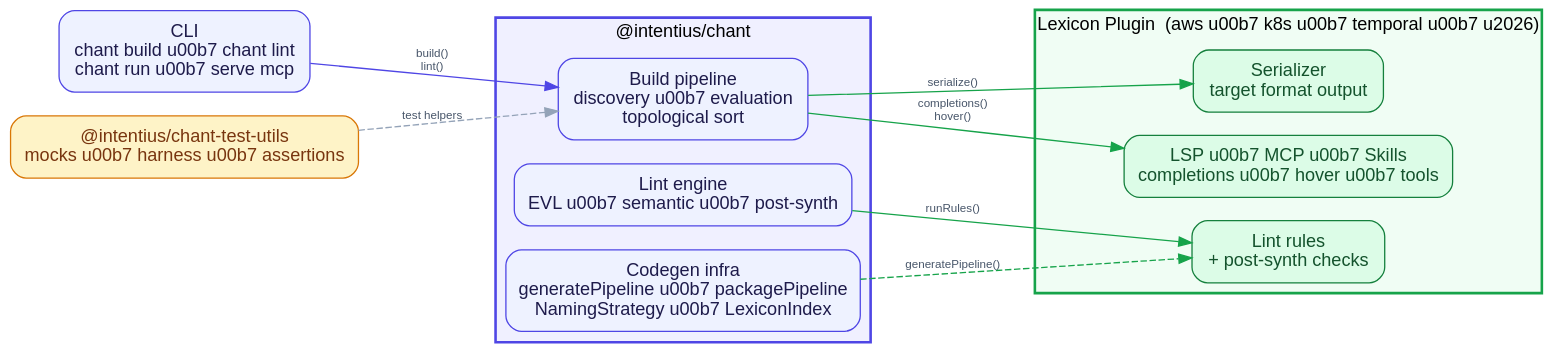
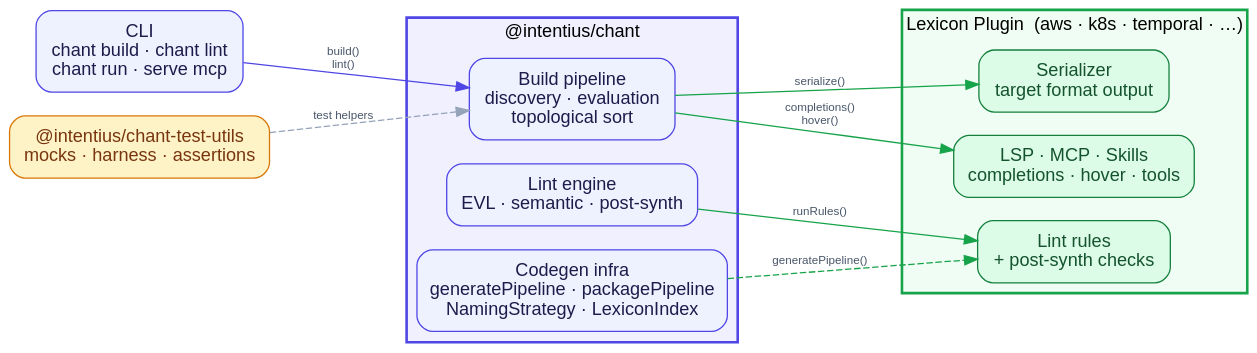
One commit to INTENTIUS/chant changed the diagram in docs/diagrams/architecture-packages.dot. Above: the diagram before and after it, drawn with Graphviz. The commit also changed 17 other files, not shown here.

```diff
--- a/docs/diagrams/architecture-packages.dot
+++ b/docs/diagrams/architecture-packages.dot
@@ -1,40 +1,40 @@
 digraph arch_packages {
   rankdir=LR
   graph [fontname="Helvetica,Arial,sans-serif" bgcolor="transparent" pad="0.5" ranksep="0.9" compound=true]
   node  [fontname="Helvetica,Arial,sans-serif" shape=box style="filled,rounded" margin="0.2,0.12"]
   edge  [fontname="Helvetica,Arial,sans-serif" fontsize=9 fontcolor="#475569"]
 
-  CLI [label="CLI\nchant build \u00b7 chant lint\nchant run \u00b7 serve mcp"
+  CLI [label="CLI\nchant build · chant lint\nchant run · serve mcp"
        fillcolor="#EEF2FF" color="#4F46E5" fontcolor="#1E1B4B"]
 
   subgraph cluster_core {
     label="@intentius/chant" style=filled fillcolor="#F0F0FF" color="#4F46E5" penwidth=2
     fontname="Helvetica,Arial,sans-serif"
-    Core    [label="Build pipeline\ndiscovery \u00b7 evaluation\ntopological sort"
+    Core    [label="Build pipeline\ndiscovery · evaluation\ntopological sort"
              fillcolor="#EEF2FF" color="#4F46E5" fontcolor="#1E1B4B"]
-    Lint    [label="Lint engine\nEVL \u00b7 semantic \u00b7 post-synth"
+    Lint    [label="Lint engine\nEVL · semantic · post-synth"
              fillcolor="#EEF2FF" color="#4F46E5" fontcolor="#1E1B4B"]
-    Codegen [label="Codegen infra\ngeneratePipeline \u00b7 packagePipeline\nNamingStrategy \u00b7 LexiconIndex"
+    Codegen [label="Codegen infra\ngeneratePipeline · packagePipeline\nNamingStrategy · LexiconIndex"
              fillcolor="#EEF2FF" color="#4F46E5" fontcolor="#1E1B4B"]
   }
 
   subgraph cluster_lexicon {
-    label="Lexicon Plugin  (aws \u00b7 k8s \u00b7 temporal \u00b7 \u2026)"
+    label="Lexicon Plugin  (aws · k8s · temporal · …)"
     style=filled fillcolor="#F0FDF4" color="#16A34A" penwidth=2
     fontname="Helvetica,Arial,sans-serif"
     Serial [label="Serializer\ntarget format output"      fillcolor="#DCFCE7" color="#15803D" fontcolor="#14532D"]
     Rules  [label="Lint rules\n+ post-synth checks"       fillcolor="#DCFCE7" color="#15803D" fontcolor="#14532D"]
-    LSPMcp [label="LSP \u00b7 MCP \u00b7 Skills\ncompletions \u00b7 hover \u00b7 tools"
+    LSPMcp [label="LSP · MCP · Skills\ncompletions · hover · tools"
                                                            fillcolor="#DCFCE7" color="#15803D" fontcolor="#14532D"]
   }
 
-  TestUtils [label="@intentius/chant-test-utils\nmocks \u00b7 harness \u00b7 assertions"
+  TestUtils [label="@intentius/chant-test-utils\nmocks · harness · assertions"
              fillcolor="#FEF3C7" color="#D97706" fontcolor="#78350F"]
 
   CLI      -> Core   [label="build()\nlint()"    color="#4F46E5"]
   Core     -> Serial [label="serialize()"         color="#16A34A"]
   Lint     -> Rules  [label="runRules()"           color="#16A34A"]
   Core     -> LSPMcp [label="completions()\nhover()" color="#16A34A"]
   Codegen  -> Rules  [label="generatePipeline()"  color="#16A34A" style=dashed]
   TestUtils -> Core  [label="test helpers"        color="#94A3B8" style=dashed]
 }
```
